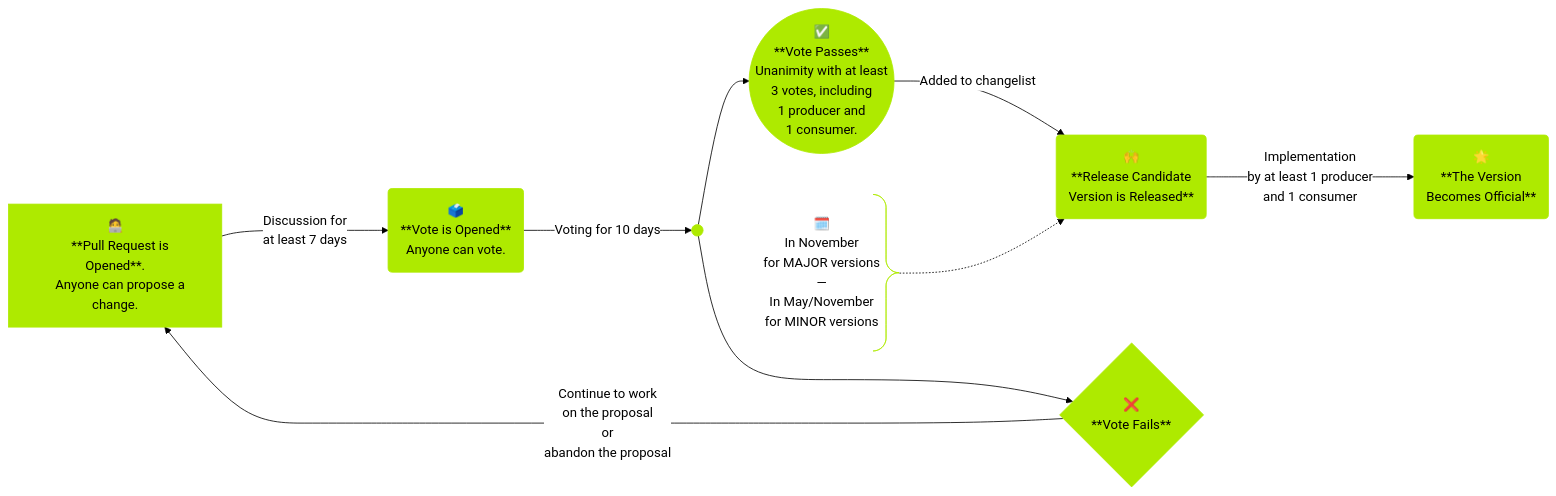
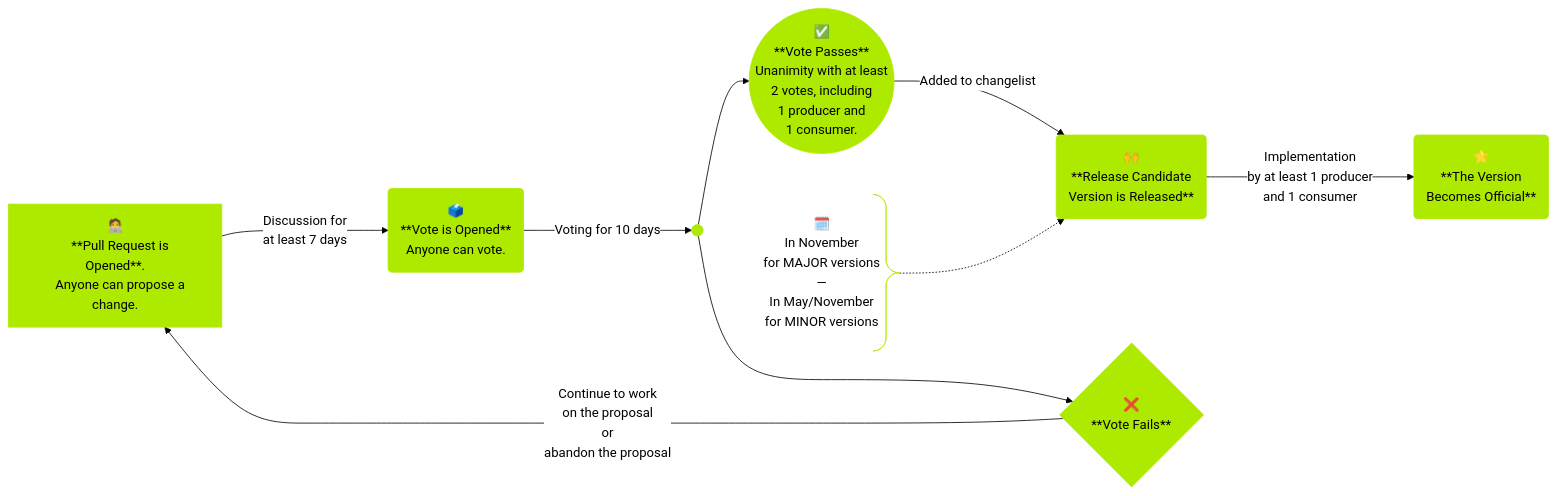
One commit to MobilityData/GOFS changed the diagram in governance.md. Above: the diagram before and after it, drawn with Mermaid.

Commit message:
Fix the minimum number of votes to 2 like in the governance (#61)

````diff
--- a/governance.md
+++ b/governance.md
@@ -16,55 +16,55 @@
 ```mermaid
 ---
 config:
   theme: 'base'
   themeVariables:
     primaryColor: '#AEEA00'
     primaryTextColor: '#000'
     primaryBorderColor: '#AEEA00'
     lineColor: '#000'
     secondaryColor: '#fff'
     tertiaryColor: '#fff'
 ---
 flowchart LR
     A["🧑‍💻
     **Pull Request is Opened**.
     Anyone can propose a change."]
     B("🗳️
     **Vote is Opened**
     Anyone can vote.")
     C(("✅
     **Vote Passes**
     Unanimity with at least 
-    3 votes, including 
+    2 votes, including 
     1 producer and 
     1 consumer."))
     D{"❌
     **Vote Fails**"}
     E("🙌
     **Release Candidate
     Version is Released**")
     J@{ shape: sm-circ, label: "" }
     F@{ shape: brace-r, label: "🗓️
     In November
     for MAJOR versions
     —
     In May/November
     for MINOR versions" }
     G("🌟
     **The Version 
     Becomes Official**")
     A --->|Discussion for 
     at least 7 days| B
     B -->|Voting for 10 days| J
     J --> C
     J ---> D
     D -->|Continue to work 
     on the proposal 
     or
     abandon the proposal| A
     C -->|Added to changelist| E
     F -.-> E
     E --->|Implementation 
     by at least 1 producer 
     and 1 consumer| G
 ```
````
